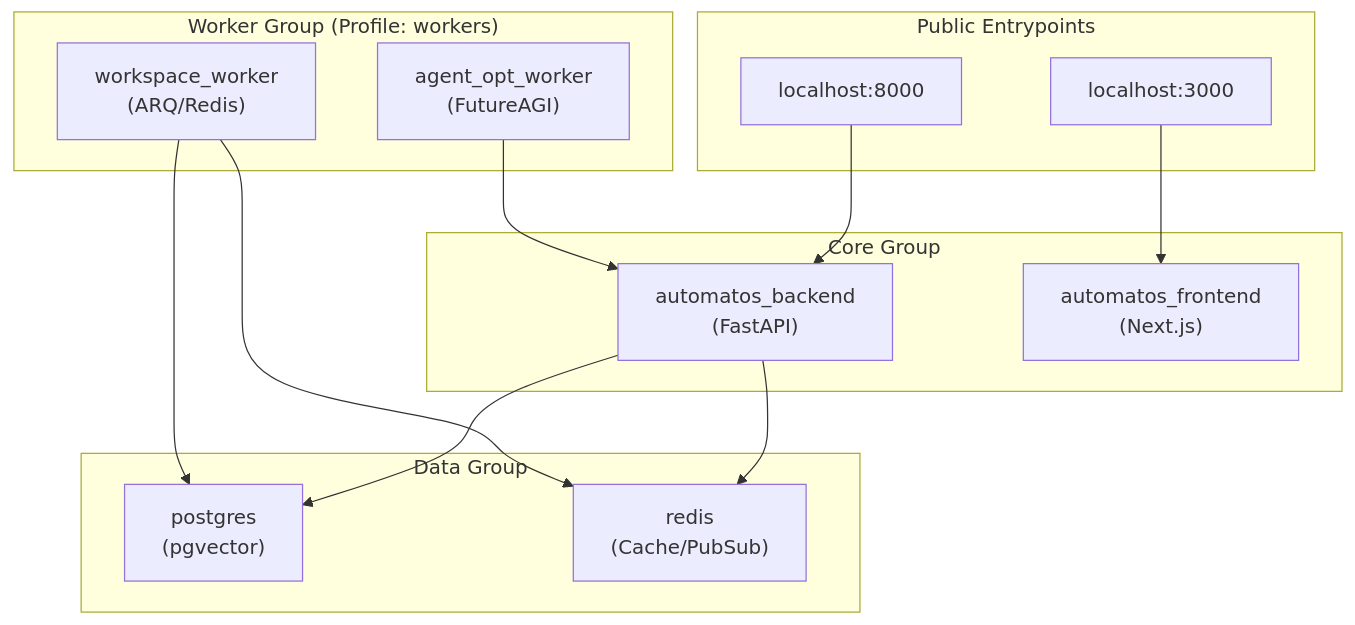
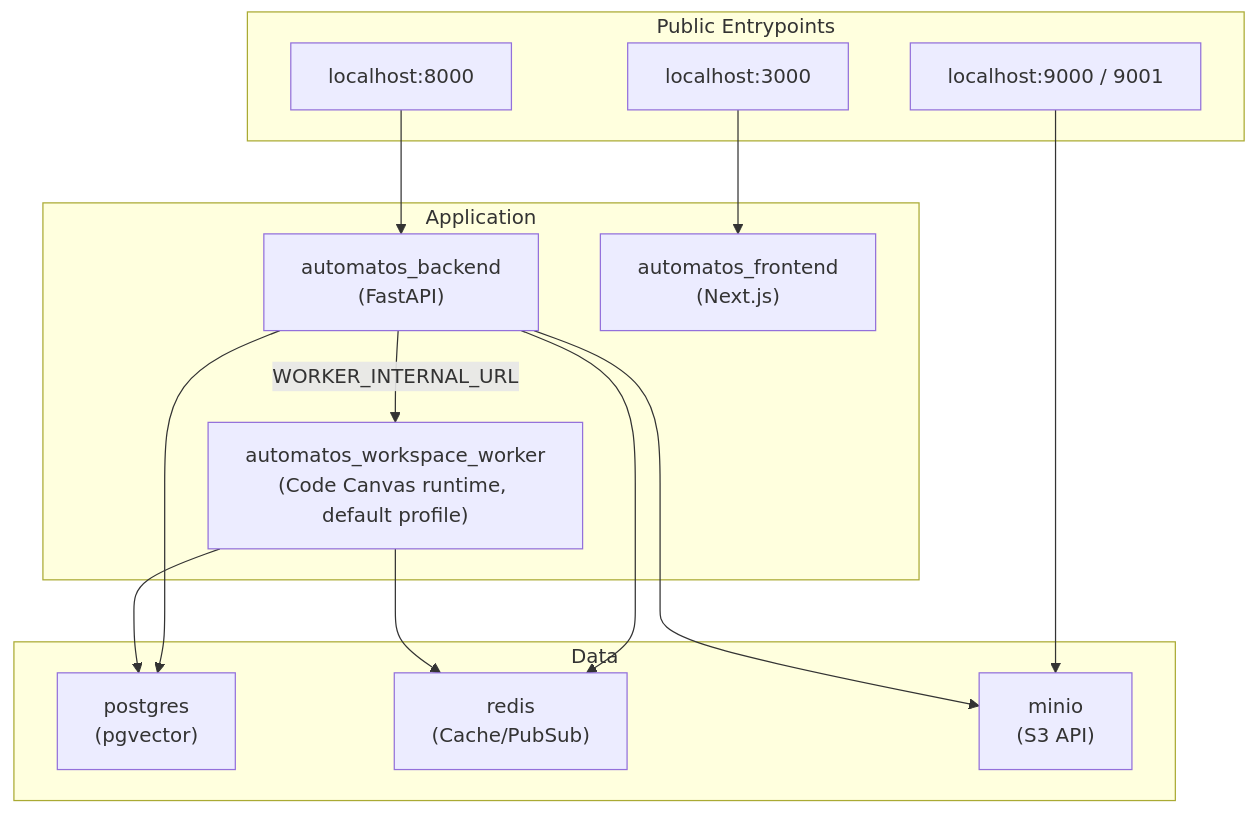
Before and after one commit to AutomatosAI/automatos-ai: the first of 2 diagrams in docs/deployment-infrastructure/docker-compose-setup.md, drawn with Mermaid. The commit also changed other lines of this file and 19 other files, not shown here.

````diff
--- a/docs/deployment-infrastructure/docker-compose-setup.md
+++ b/docs/deployment-infrastructure/docker-compose-setup.md
@@ -52,31 +55,31 @@
 ```mermaid
 graph TB
     subgraph "Public Entrypoints"
         LB_API["localhost:8000"]
         LB_UI["localhost:3000"]
+        LB_MINIO["localhost:9000 / 9001"]
     end
 
-    subgraph "Core Group"
+    subgraph "Application"
         API["automatos_backend<br/>(FastAPI)"]
         UI["automatos_frontend<br/>(Next.js)"]
+        WS_WORKER["automatos_workspace_worker<br/>(Code Canvas runtime, default profile)"]
     end
 
-    subgraph "Worker Group (Profile: workers)"
-        WS_WORKER["workspace_worker<br/>(ARQ/Redis)"]
-        OPT_WORKER["agent_opt_worker<br/>(FutureAGI)"]
-    end
-
-    subgraph "Data Group"
+    subgraph "Data"
         PG["postgres<br/>(pgvector)"]
         RD["redis<br/>(Cache/PubSub)"]
+        MN["minio<br/>(S3 API)"]
     end
 
     LB_API --> API
     LB_UI --> UI
+    LB_MINIO --> MN
     
     API --> PG
     API --> RD
+    API --> MN
+    API -- "WORKER_INTERNAL_URL" --> WS_WORKER
     WS_WORKER --> RD
     WS_WORKER --> PG
-    OPT_WORKER --> API
 ```
````
